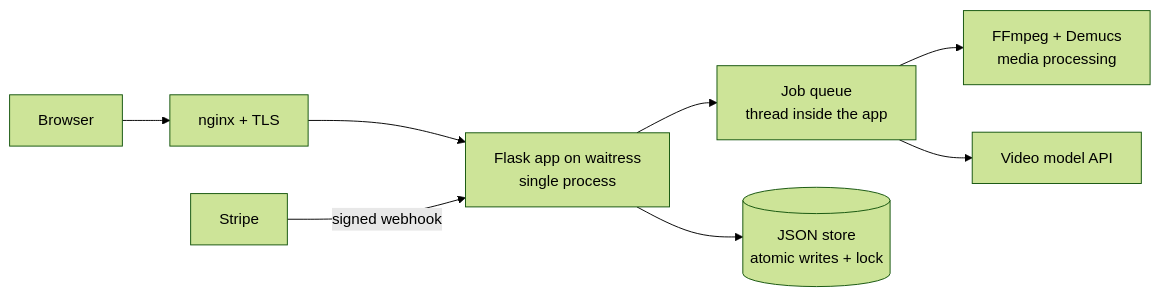
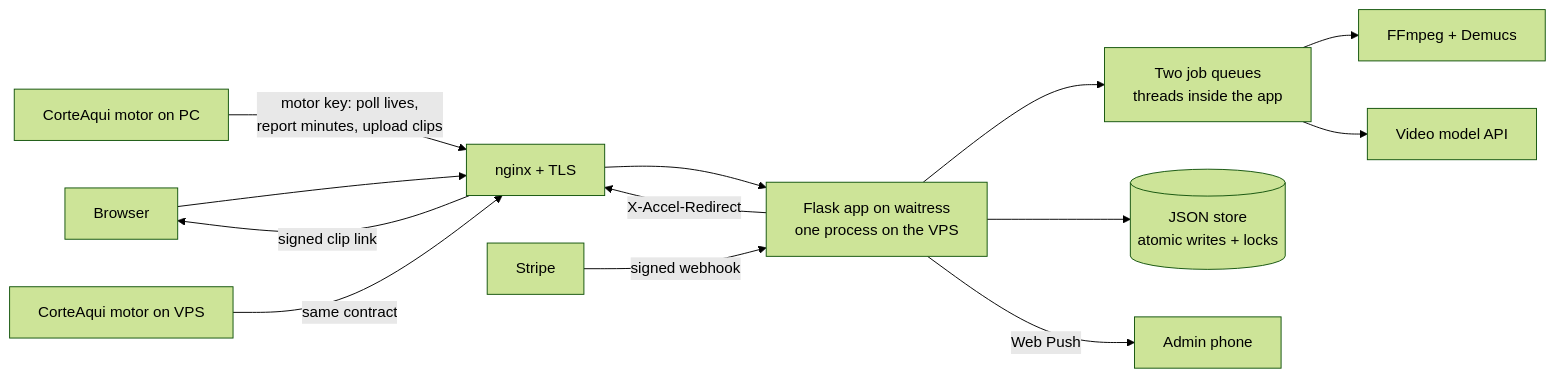
The diagram in README.md (Ruankm/trocatroca-case-study), drawn with Mermaid (forest theme) before and after one commit. The commit also changed other lines of this file, not shown here.

Commit message:
Rewrite: platform with person/scenery swap and live clip motors

````diff
--- a/README.md
+++ b/README.md
@@ -13,10 +17,15 @@
 ```mermaid
 flowchart LR
   U[Browser] --> N[nginx + TLS]
-  N --> A[Flask app on waitress<br/>single process]
-  A --> Q[Job queue<br/>thread inside the app]
-  Q --> F[FFmpeg + Demucs<br/>media processing]
+  N --> A[Flask app on waitress<br/>one process on the VPS]
+  A --> Q[Two job queues<br/>threads inside the app]
+  Q --> F[FFmpeg + Demucs]
   Q --> M[Video model API]
-  A --> S[(JSON store<br/>atomic writes + lock)]
+  A --> S[(JSON store<br/>atomic writes + locks)]
   P[Stripe] -- signed webhook --> A
+  A -- Web Push --> D[Admin phone]
+  W1[CorteAqui motor on PC] -- motor key: poll lives,<br/>report minutes, upload clips --> N
+  W2[CorteAqui motor on VPS] -- same contract --> N
+  A -- X-Accel-Redirect --> N
+  N -- signed clip link --> U
 ```
````
